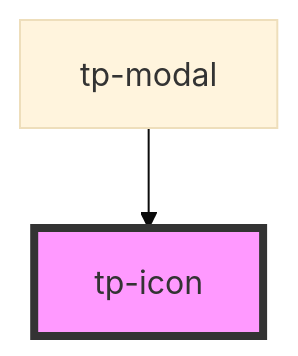
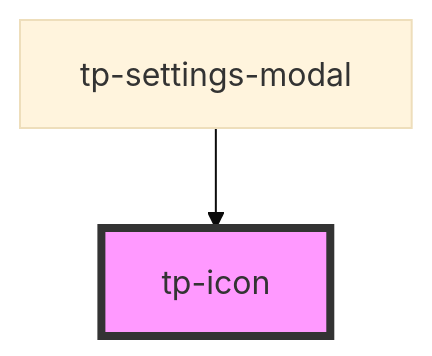
One commit to Jacob-Griffin/TelephonePictionaryStencilVue changed the diagram in packages/byfo-components/src/components/tp-icon/readme.md. Above: the diagram before and after it, drawn with Mermaid (base theme). The commit also changed other lines of this file and 7 other files, not shown here.

Commit message:
Isolate settings modal and wait on other modals

````diff
--- a/packages/byfo-components/src/components/tp-icon/readme.md
+++ b/packages/byfo-components/src/components/tp-icon/readme.md
@@ -22,5 +22,5 @@
 ```mermaid
 graph TD;
-  tp-modal --> tp-icon
+  tp-settings-modal --> tp-icon
   style tp-icon fill:#f9f,stroke:#333,stroke-width:4px
 ```
````
